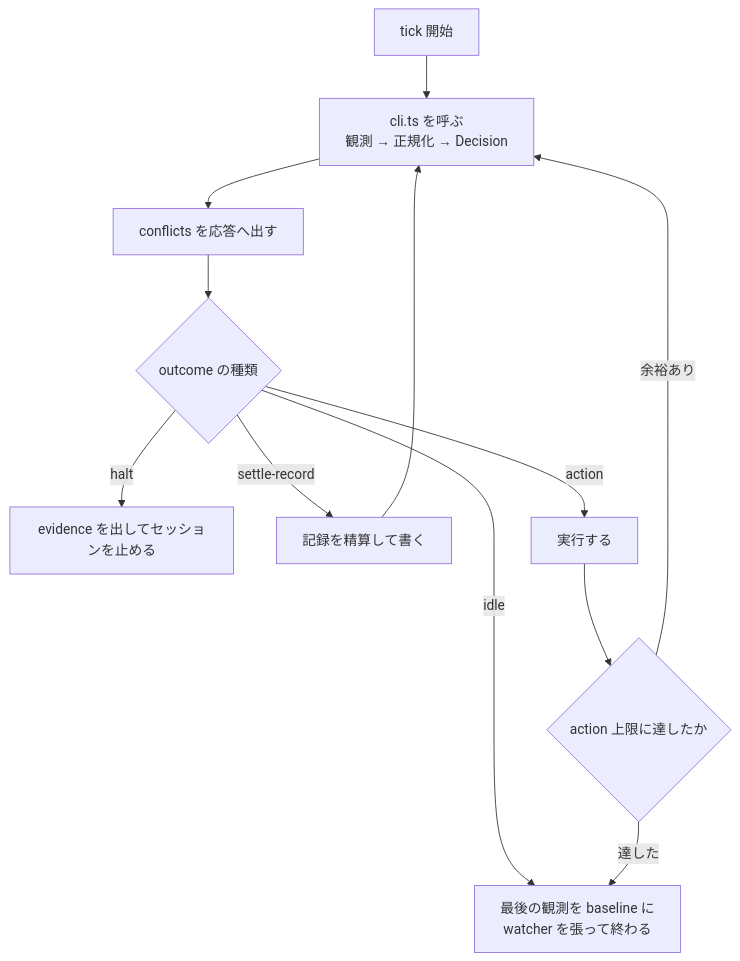
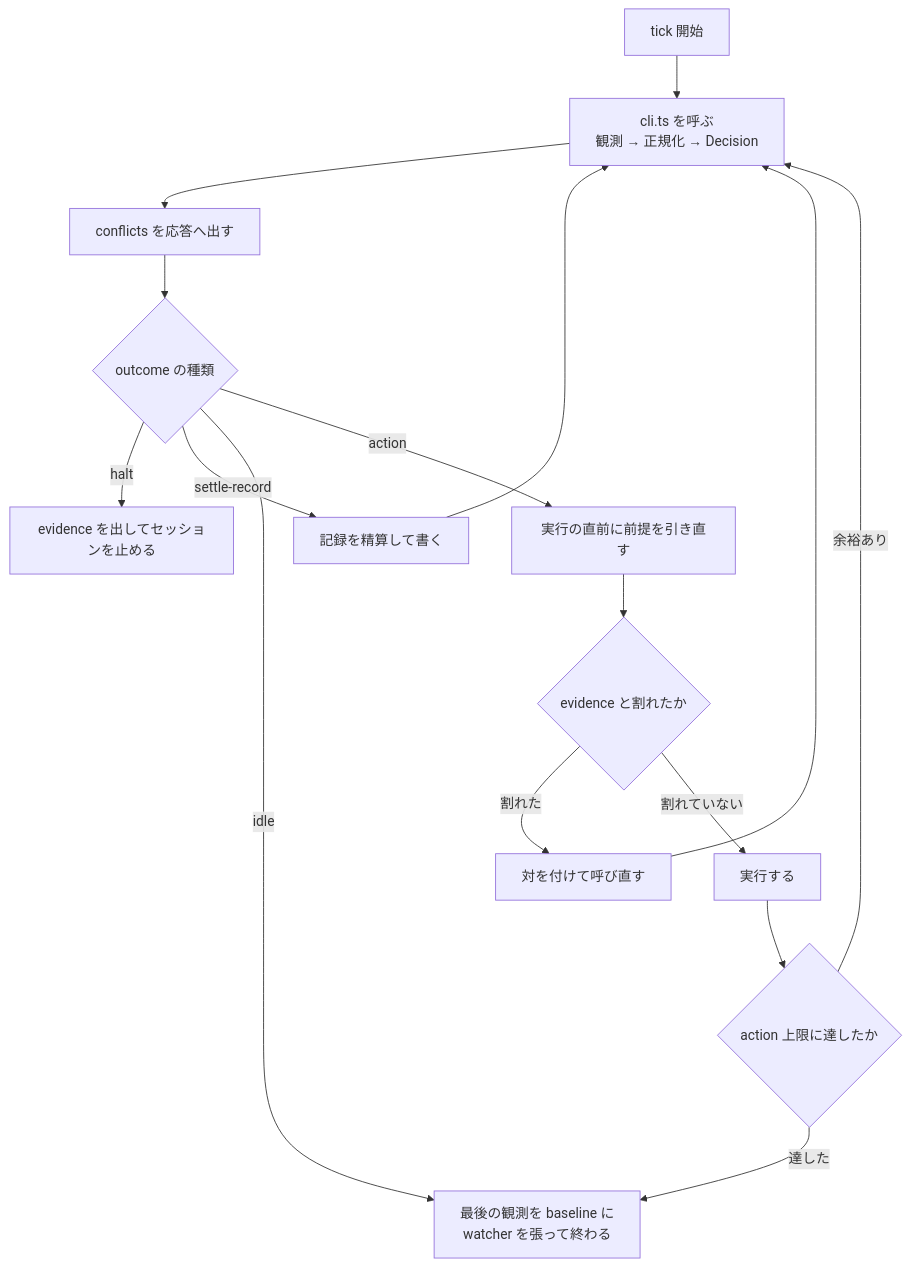
The diagram in agents/skills/conductor/SKILL.md (usagizmo/agentfiles), drawn with Mermaid before and after one commit. The commit also changed other lines of this file and 2 other files, not shown here.

````diff
--- a/agents/skills/conductor/SKILL.md
+++ b/agents/skills/conductor/SKILL.md
@@ -143,14 +148,18 @@
 ```mermaid
 flowchart TD
     S[tick 開始] --> D[cli.ts を呼ぶ<br/>観測 → 正規化 → Decision]
     D --> C[conflicts を応答へ出す]
     C --> K{outcome の種類}
     K -->|halt| STOP[evidence を出してセッションを止める]
     K -->|settle-record| W[記録を精算して書く]
     W --> D
     K -->|idle| END[最後の観測を baseline に<br/>watcher を張って終わる]
-    K -->|action| DO[実行する]
-    DO --> A{action 上限に達したか}
+    K -->|action| DO[実行の直前に前提を引き直す]
+    DO --> PREM{evidence と割れたか}
+    PREM -->|割れた| GAP[対を付けて呼び直す]
+    GAP --> D
+    PREM -->|割れていない| RUN[実行する]
+    RUN --> A{action 上限に達したか}
     A -->|達した| END
     A -->|余裕あり| D
 ```
````
